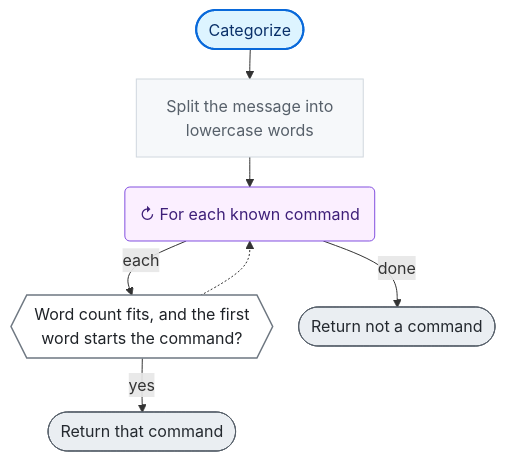
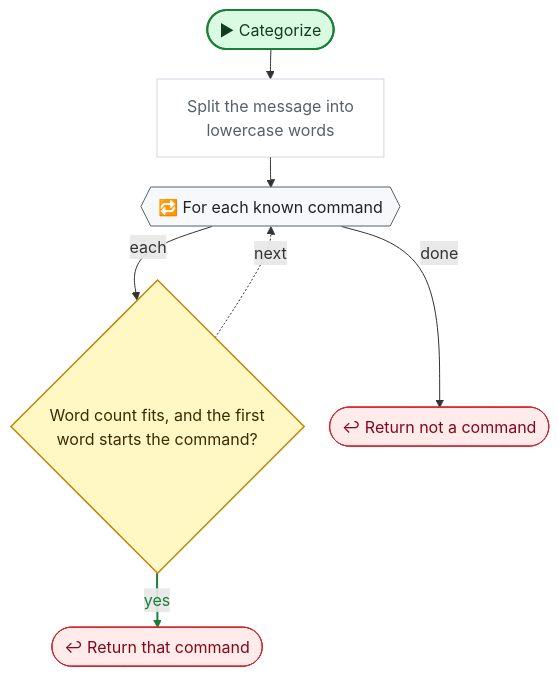
The second of 3 diagrams in CodeGraph~/graph/Connector/Chat.cs.md (nataiai/Lord-of-the-Dungeon), drawn with Mermaid before and after one commit. The commit also changed other lines of this file and 44 other files, not shown here.

````diff
--- a/CodeGraph~/graph/Connector/Chat.cs.md
+++ b/CodeGraph~/graph/Connector/Chat.cs.md
@@ -42,37 +42,42 @@
 ```mermaid
 ---
 config:
   flowchart:
     wrappingWidth: 260
     nodeSpacing: 26
     rankSpacing: 30
 ---
 flowchart TD
-  nS(["Categorize"])
+  nS(["▶ Categorize"])
   nd74057["Split the message into<br>lowercase words"]
-  n134586("  ↻ For each known command  ")
-  n83bb7a{{"Word count fits, and the first<br>word starts the command?"}}
-  n955055(["Return that command"])
-  n258455(["Return not a command"])
+  n134586{{"🔁 For each known command"}}
+  n83bb7a{"Word count fits, and the first<br>word starts the command?"}
+  n955055(["↩ Return that command"])
+  n258455(["↩ Return not a command"])
   nS --> nd74057
   nd74057 --> n134586
   n134586 -->|each| n83bb7a
   n83bb7a -->|yes| n955055
-  n83bb7a -.-> n134586
+  n83bb7a -.->|next| n134586
   n134586 -->|done| n258455
-  classDef unity fill:#fff1c2,stroke:#9a6700,stroke-width:2px,color:#3b2300
-  classDef start fill:#ddf4ff,stroke:#0969da,stroke-width:2px,color:#0a3069
-  classDef calc fill:#f6f8fa,stroke:#d0d7de,color:#57606a
-  classDef calls fill:#ffffff,stroke:#0969da,stroke-width:2.5px,color:#0a3069
-  classDef cond fill:#ffffff,stroke:#6e7781,stroke-width:1.5px,color:#1f2328
-  classDef loop fill:#fbefff,stroke:#8250df,color:#3e1f79
-  classDef exit fill:#eaeef2,stroke:#57606a,color:#24292f
-  classDef wait fill:#fff8f0,stroke:#bc4c00,color:#4d1d00
+  linkStyle 3 stroke:#1a7f37,stroke-width:2px,color:#1a7f37
+  classDef unity fill:#dafbe1,stroke:#1a7f37,stroke-width:2px,color:#0f3d1d
+  classDef start fill:#dafbe1,stroke:#1a7f37,stroke-width:2px,color:#0f3d1d
+  classDef calc fill:#ffffff,stroke:#d0d7de,color:#57606a
+  classDef calls fill:#ddf4ff,stroke:#0969da,stroke-width:2px,color:#0a3069
+  classDef ext fill:#ddf4ff,stroke:#0969da,stroke-width:2px,stroke-dasharray:5 3,color:#0a3069
+  classDef cond fill:#fff8c5,stroke:#bf8700,stroke-width:1.5px,color:#3d2a00
+  classDef loop fill:#f6f8fa,stroke:#57606a,color:#1f2328
+  classDef exit fill:#ffebe9,stroke:#cf222e,color:#82071e
+  classDef kill fill:#ffebe9,stroke:#cf222e,stroke-width:2px,color:#82071e
+  classDef spawn fill:#dafbe1,stroke:#1a7f37,stroke-width:2px,color:#0f3d1d
+  classDef wait fill:#fff1e5,stroke:#bc4c00,color:#4d1d00
   classDef fin fill:#eaeef2,stroke:#8c959f,color:#57606a
   classDef join fill:#d0d7de,stroke:#8c959f,color:#57606a
+  classDef ghdr fill:#f5f9ff,stroke:#f5f9ff,color:#0a3069,font-weight:bold
   class nd74057 calc
   class n83bb7a cond
   class n955055,n258455 exit
   class n134586 loop
   class nS start
 ```
````
